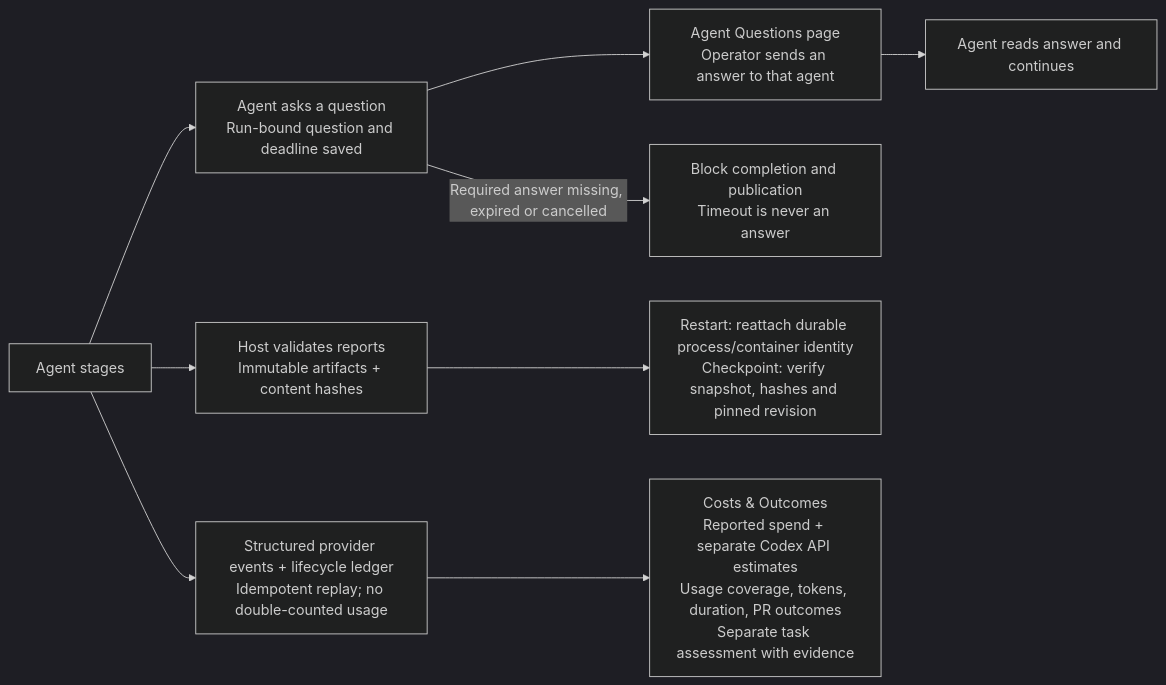
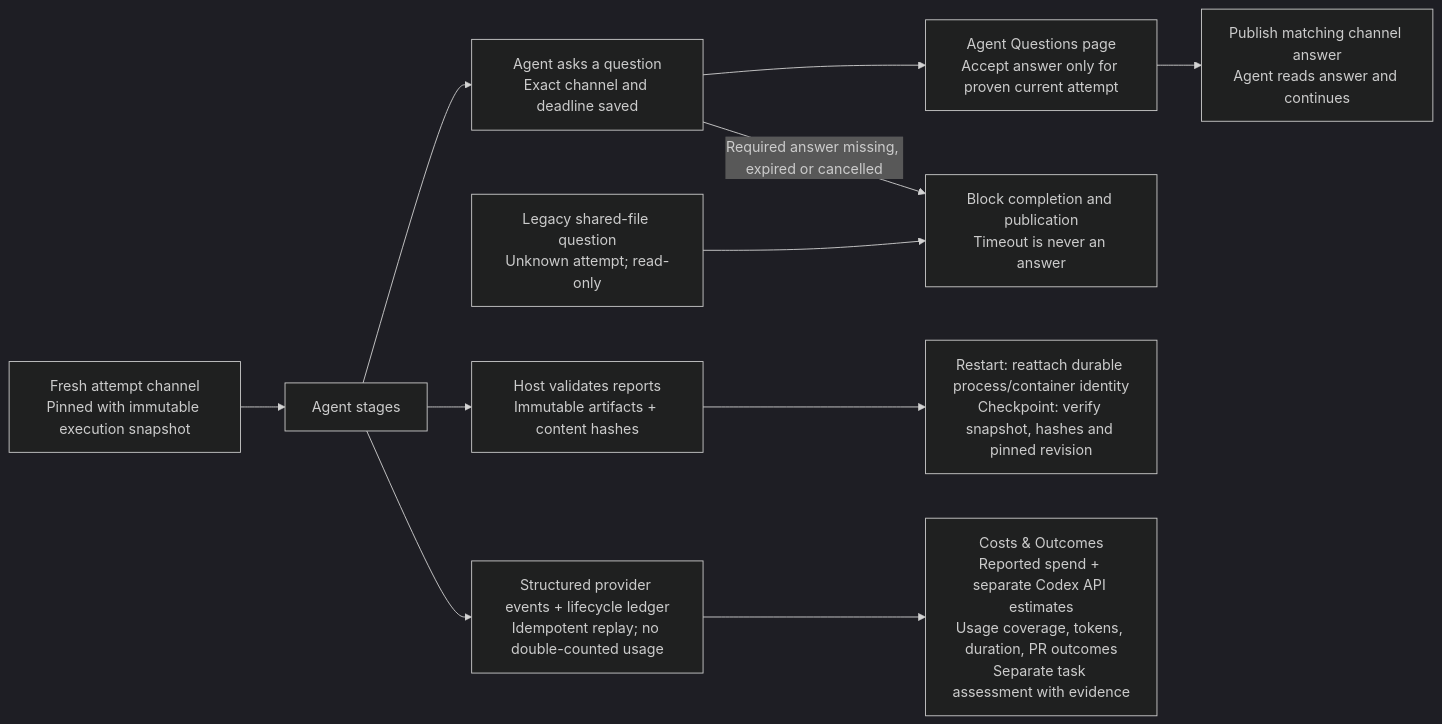
Before and after one commit to nloehlein-godaddy/helmsman: the fifth of 5 diagrams in docs/helmsman-process.md, drawn with Mermaid (dark theme). The commit also changed other lines of this file and 60 other files, not shown here.

````diff
--- a/docs/helmsman-process.md
+++ b/docs/helmsman-process.md
@@ -95,11 +119,13 @@
 ```mermaid
 flowchart LR
-    Stage[Agent stages] --> Question[Agent asks a question<br/>Run-bound question and deadline saved]
-    Question --> Human[Agent Questions page<br/>Operator sends an answer to that agent]
-    Human --> Continue[Agent reads answer and continues]
+    Channel[Fresh attempt channel<br/>Pinned with immutable execution snapshot] --> Stage[Agent stages]
+    Stage --> Question[Agent asks a question<br/>Exact channel and deadline saved]
+    Question --> Human[Agent Questions page<br/>Accept answer only for proven current attempt]
+    Human --> Continue[Publish matching channel answer<br/>Agent reads answer and continues]
+    Legacy[Legacy shared-file question<br/>Unknown attempt; read-only] --> Block
     Question -->|Required answer missing, expired or cancelled| Block[Block completion and publication<br/>Timeout is never an answer]
     Stage --> Evidence[Host validates reports<br/>Immutable artifacts + content hashes]
     Evidence --> Recovery[Restart: reattach durable process/container identity<br/>Checkpoint: verify snapshot, hashes and pinned revision]
     Stage --> Usage[Structured provider events + lifecycle ledger<br/>Idempotent replay; no double-counted usage]
     Usage --> Outcomes[Costs & Outcomes<br/>Reported spend + separate Codex API estimates<br/>Usage coverage, tokens, duration, PR outcomes<br/>Separate task assessment with evidence]
 ```
````
